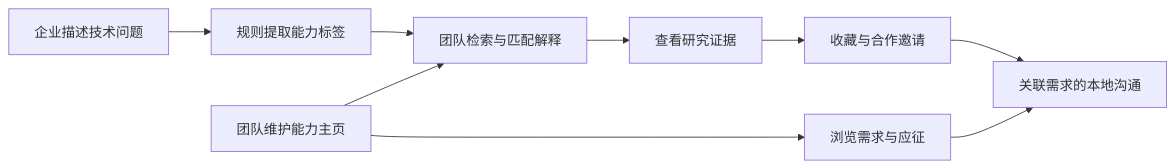
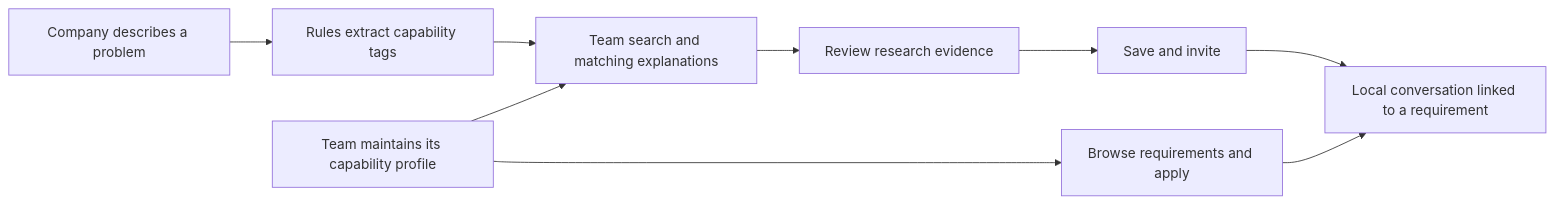
One commit to 22jia/Lablink changed the diagram in README.md. Above: the diagram before and after it, drawn with Mermaid. The commit also changed other lines of this file and 2 other files, not shown here.

````diff
--- a/README.md
+++ b/README.md
@@ -33,11 +33,11 @@
 ```mermaid
 flowchart LR
-    A[企业描述技术问题] --> B[规则提取能力标签]
-    B --> C[团队检索与匹配解释]
-    C --> D[查看研究证据]
-    D --> E[收藏与合作邀请]
-    E --> F[关联需求的本地沟通]
-    G[团队维护能力主页] --> C
-    G --> H[浏览需求与应征]
+    A[Company describes a problem] --> B[Rules extract capability tags]
+    B --> C[Team search and matching explanations]
+    C --> D[Review research evidence]
+    D --> E[Save and invite]
+    E --> F[Local conversation linked to a requirement]
+    G[Team maintains its capability profile] --> C
+    G --> H[Browse requirements and apply]
     H --> F
 ```
````
